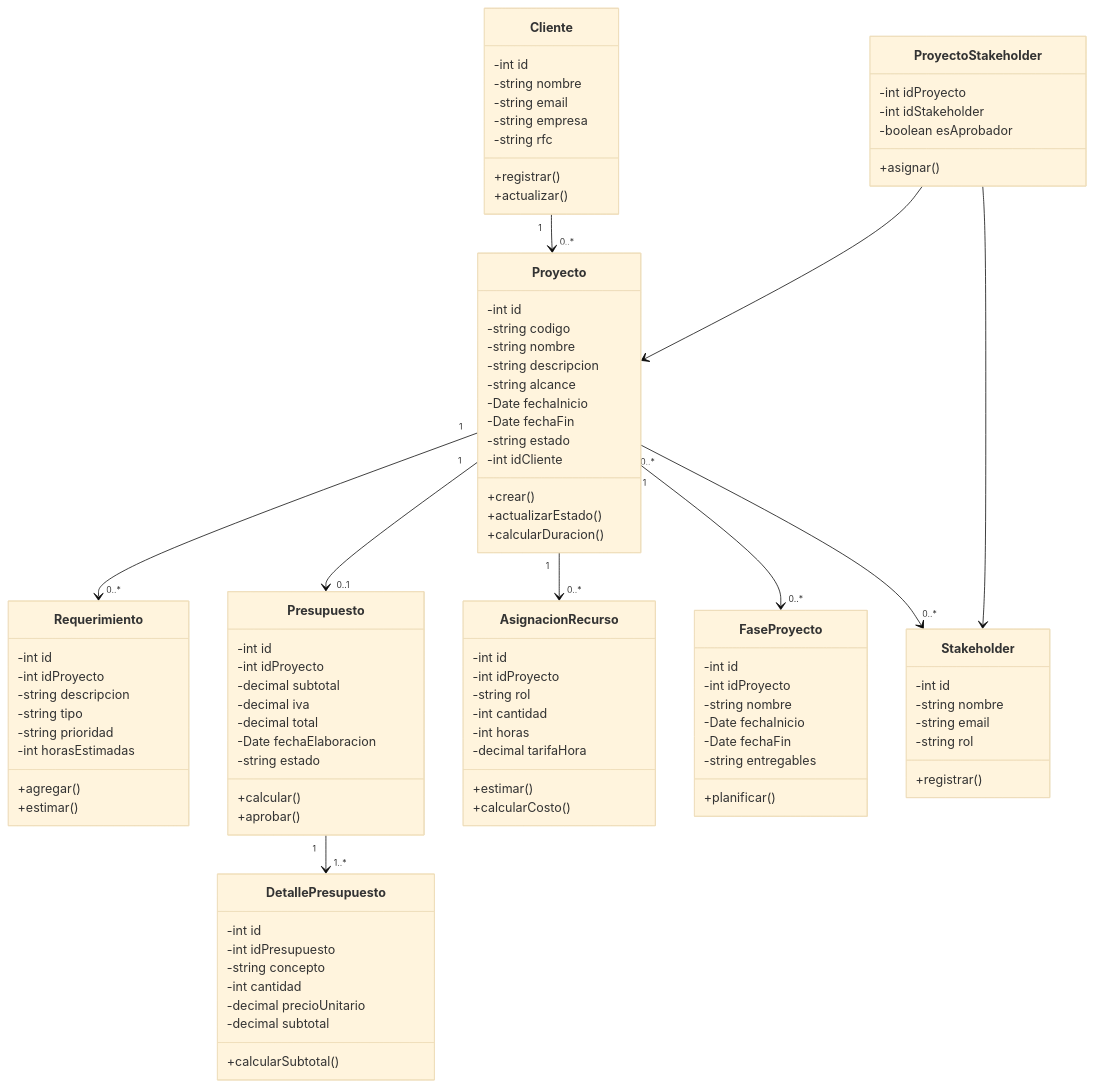
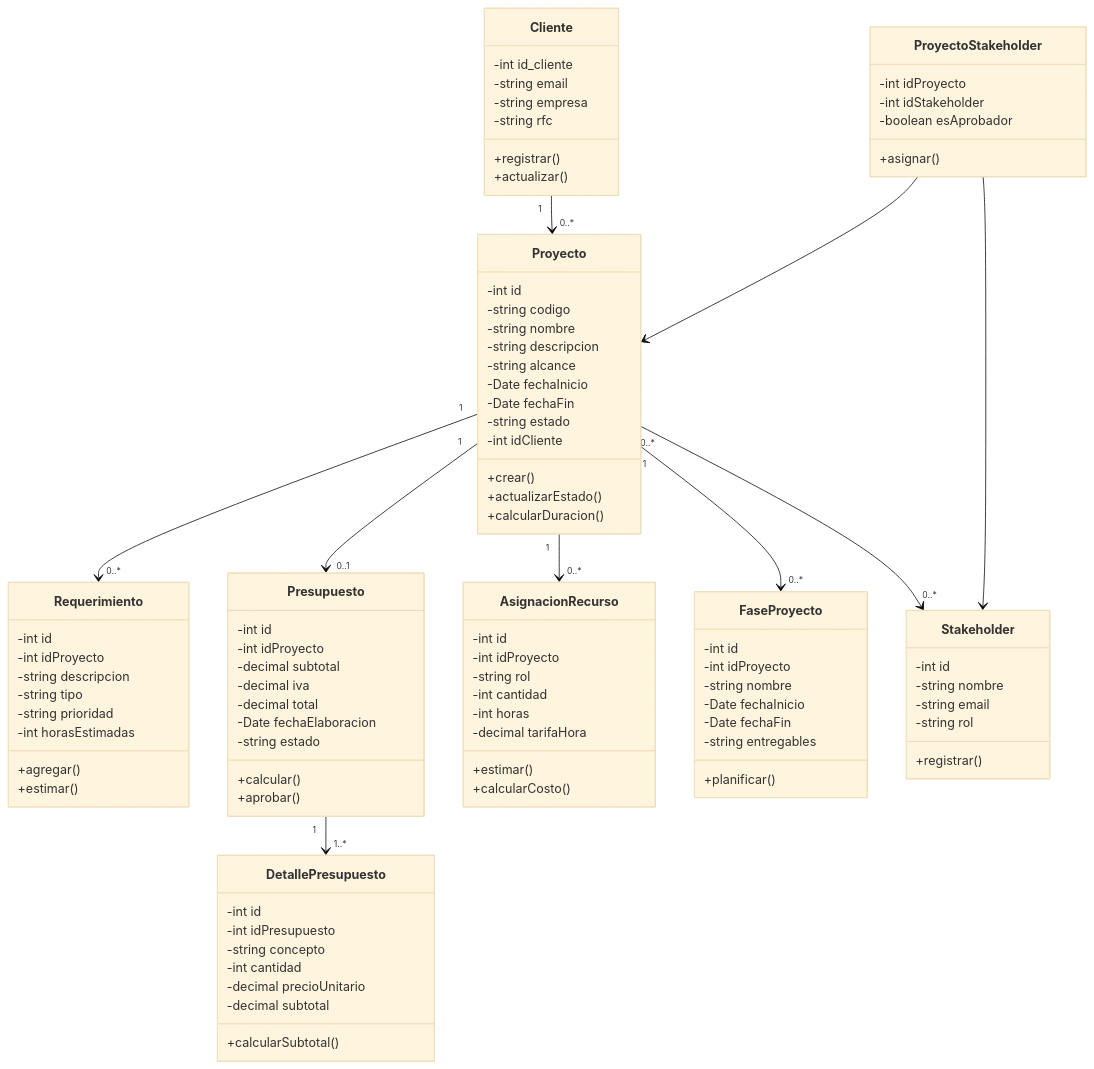
Before and after one commit to Pollix27/NGINX-Start_project: the diagram in src/main/resources/Diagramas/Diagrama de clases.mermaid, drawn with Mermaid (base theme).

Commit message:
se actualizaro el diagrama Entidad relacion

```diff
--- a/src/main/resources/Diagramas/Diagrama de clases.mermaid
+++ b/src/main/resources/Diagramas/Diagrama de clases.mermaid
@@ -1,105 +1,104 @@
 classDiagram
     class Cliente {
-        -int id
-        -string nombre
+        -int id_cliente
         -string email
         -string empresa
         -string rfc
         +registrar()
         +actualizar()
     }
 
     class Proyecto {
         -int id
         -string codigo
         -string nombre
         -string descripcion
         -string alcance
         -Date fechaInicio
         -Date fechaFin
         -string estado
         -int idCliente
         +crear()
         +actualizarEstado()
         +calcularDuracion()
     }
 
     class Requerimiento {
         -int id
         -int idProyecto
         -string descripcion
         -string tipo
         -string prioridad
         -int horasEstimadas
         +agregar()
         +estimar()
     }
 
     class Presupuesto {
         -int id
         -int idProyecto
         -decimal subtotal
         -decimal iva
         -decimal total
         -Date fechaElaboracion
         -string estado
         +calcular()
         +aprobar()
     }
 
     class DetallePresupuesto {
         -int id
         -int idPresupuesto
         -string concepto
         -int cantidad
         -decimal precioUnitario
         -decimal subtotal
         +calcularSubtotal()
     }
 
     class AsignacionRecurso {
         -int id
         -int idProyecto
         -string rol
         -int cantidad
         -int horas
         -decimal tarifaHora
         +estimar()
         +calcularCosto()
     }
 
     class FaseProyecto {
         -int id
         -int idProyecto
         -string nombre
         -Date fechaInicio
         -Date fechaFin
         -string entregables
         +planificar()
     }
 
     class Stakeholder {
         -int id
         -string nombre
         -string email
         -string rol
         +registrar()
     }
 
     class ProyectoStakeholder {
         -int idProyecto
         -int idStakeholder
         -boolean esAprobador
         +asignar()
     }
 
 %% Relaciones
     Cliente "1" --> "0..*" Proyecto
     Proyecto "1" --> "0..*" Requerimiento
     Proyecto "1" --> "0..1" Presupuesto
     Presupuesto "1" --> "1..*" DetallePresupuesto
     Proyecto "1" --> "0..*" AsignacionRecurso
     Proyecto "1" --> "0..*" FaseProyecto
     Proyecto "0..*" --> "0..*" Stakeholder
     ProyectoStakeholder --> Proyecto
     ProyectoStakeholder --> Stakeholder
```
